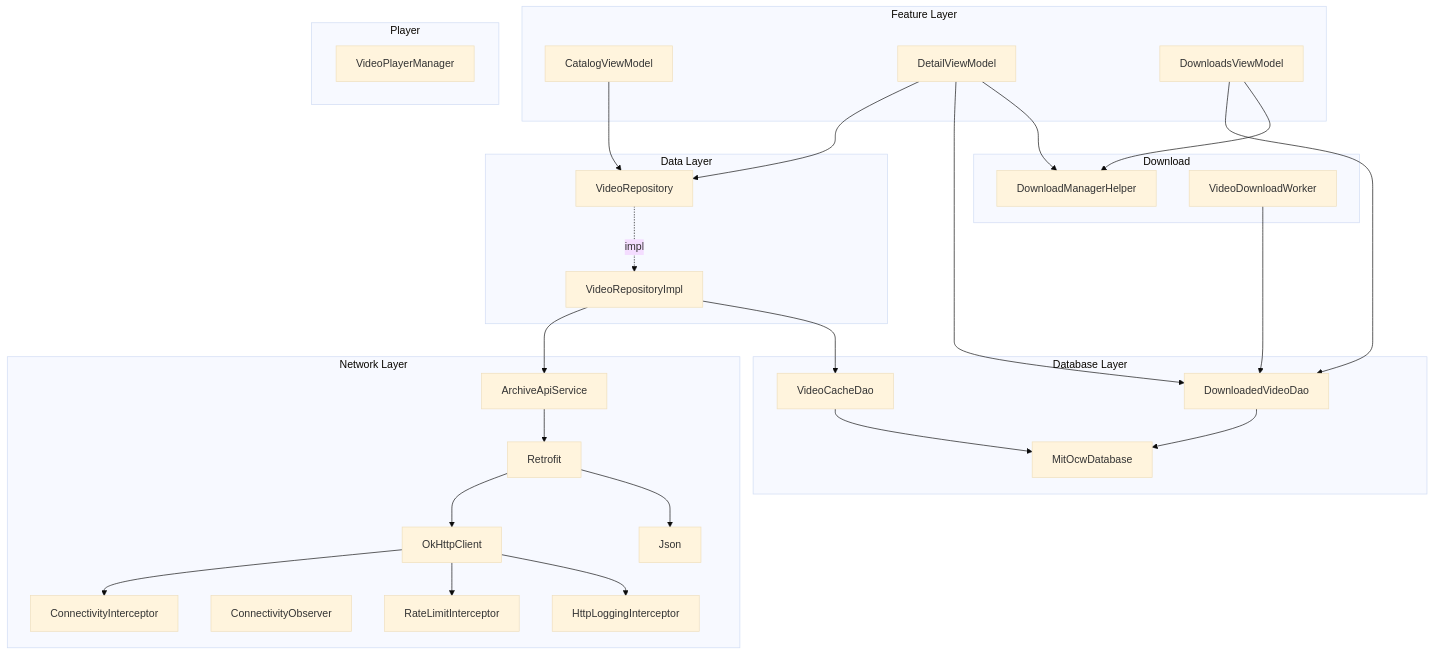
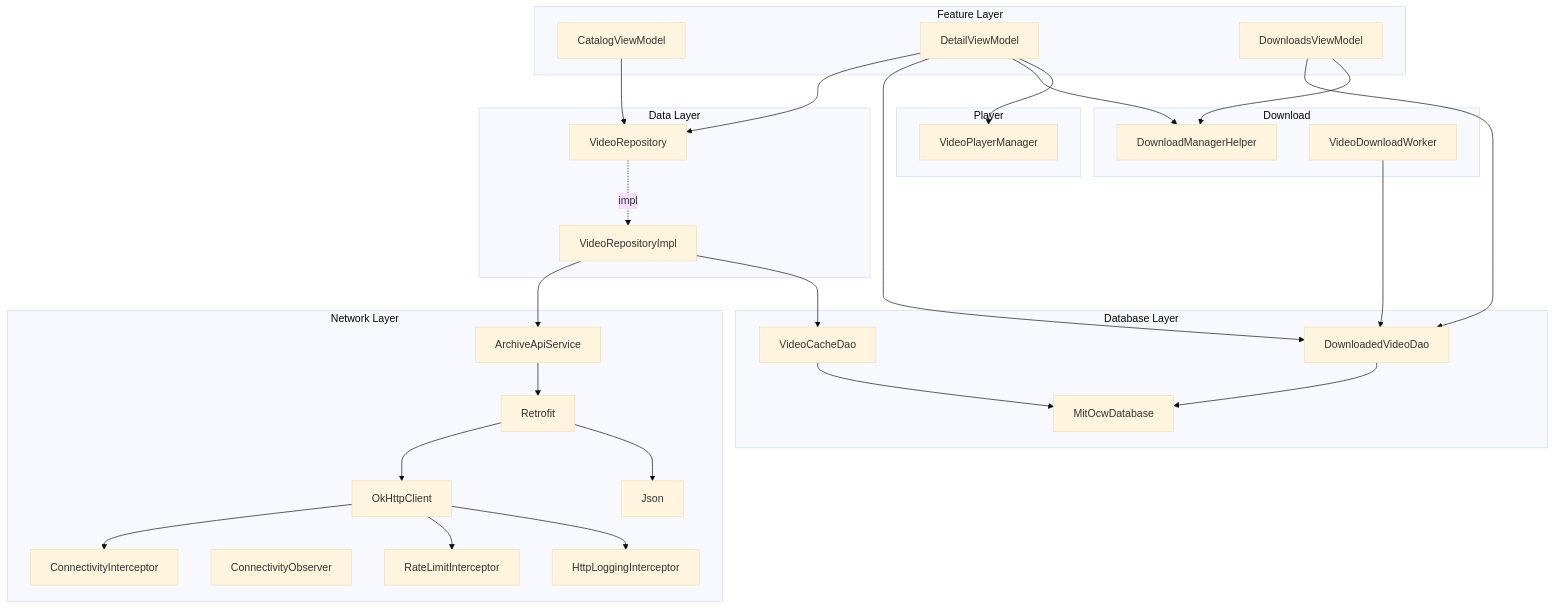
The diagram in engineer_docs/dependency_injection.md (prayogizan/IMIT), drawn with Mermaid (base theme) before and after one commit. The commit also changed other lines of this file and 9 other files, not shown here.

````diff
--- a/engineer_docs/dependency_injection.md
+++ b/engineer_docs/dependency_injection.md
@@ -177,58 +178,59 @@
 ```mermaid
 graph TD
     subgraph "Feature Layer"
         CVM[CatalogViewModel]
         DVM[DetailViewModel]
         DMVM[DownloadsViewModel]
     end
 
     subgraph "Data Layer"
         VR[VideoRepository]
         VRI[VideoRepositoryImpl]
     end
 
     subgraph "Network Layer"
         API[ArchiveApiService]
         RET[Retrofit]
         OKH[OkHttpClient]
         JSON[Json]
         CI[ConnectivityInterceptor]
         CO[ConnectivityObserver]
         RI[RateLimitInterceptor]
         LI[HttpLoggingInterceptor]
     end
 
     subgraph "Database Layer"
         DB[MitOcwDatabase]
         VCD[VideoCacheDao]
         DVD[DownloadedVideoDao]
     end
 
     subgraph "Player"
         PM[VideoPlayerManager]
     end
 
     subgraph "Download"
         DMH[DownloadManagerHelper]
         VDW[VideoDownloadWorker]
     end
 
     CVM --> VR
     DVM --> VR
     DVM --> DVD
     DVM --> DMH
+    DVM --> PM
     DMVM --> DVD
     DMVM --> DMH
     VDW --> DVD
     VR -.->|"impl"| VRI
     VRI --> API
     VRI --> VCD
     API --> RET
     RET --> OKH
     RET --> JSON
     OKH --> CI
     OKH --> RI
     OKH --> LI
     VCD --> DB
     DVD --> DB
 ```
````
